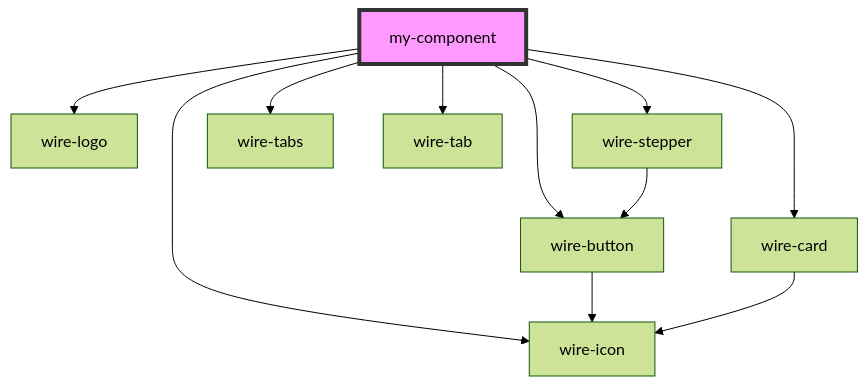
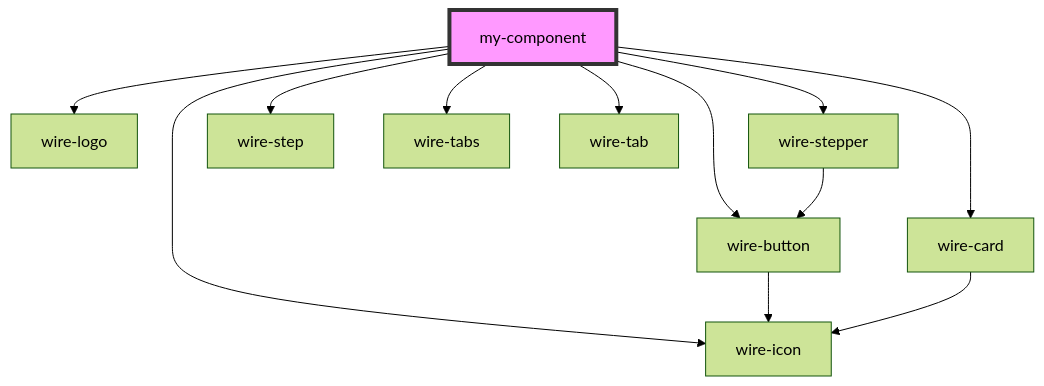
The diagram in packages/core/src/components/my-component/readme.md (Wire-Network/wire-ui), drawn with Mermaid (forest theme) before and after one commit. The commit also changed other lines of this file and 14 other files, not shown here.

````diff
--- a/packages/core/src/components/my-component/readme.md
+++ b/packages/core/src/components/my-component/readme.md
@@ -21,14 +22,15 @@
 ```mermaid
 graph TD;
   my-component --> wire-logo
   my-component --> wire-button
   my-component --> wire-stepper
+  my-component --> wire-step
   my-component --> wire-card
   my-component --> wire-icon
   my-component --> wire-tabs
   my-component --> wire-tab
   wire-button --> wire-icon
   wire-stepper --> wire-button
   wire-card --> wire-icon
   style my-component fill:#f9f,stroke:#333,stroke-width:4px
 ```
````
